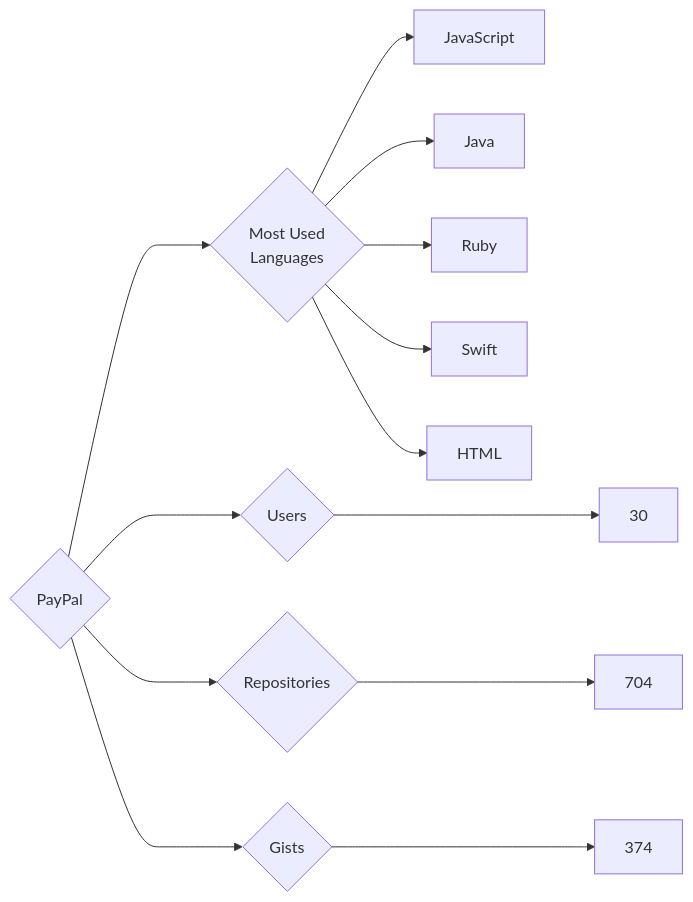
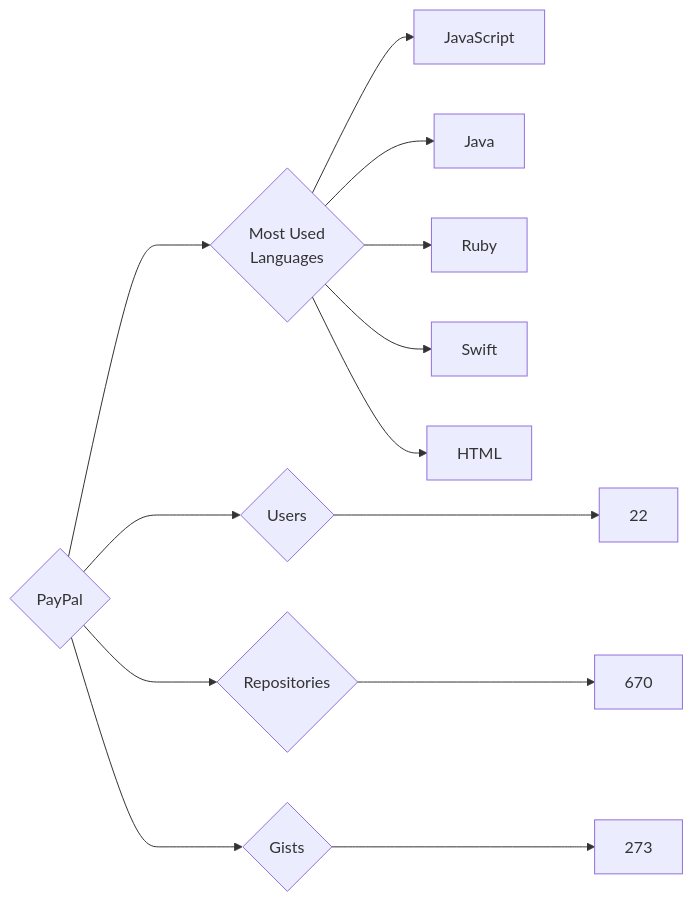
One commit to trickest/insiders changed the diagram in targets/PayPal/README.md. Above: the diagram before and after it, drawn with Mermaid. The commit also changed 870 other files, not shown here.

````diff
--- a/targets/PayPal/README.md
+++ b/targets/PayPal/README.md
@@ -3,13 +3,13 @@
 ```mermaid
 graph LR
 COMPANY_NAME{PayPal}
-COMPANY_NAME ---> U{Users} ---> UN[30]
-COMPANY_NAME ---> R{Repositories} ---> RN[704]
-COMPANY_NAME ---> G{Gists} ---> GN[374]
+COMPANY_NAME ---> U{Users} ---> UN[22]
+COMPANY_NAME ---> R{Repositories} ---> RN[670]
+COMPANY_NAME ---> G{Gists} ---> GN[273]
 COMPANY_NAME ---> ML{Most Used<br>Languages}
 ML --> JavaScript[JavaScript]
 ML --> Java[Java]
 ML --> Ruby[Ruby]
 ML --> Swift[Swift]
 ML --> HTML[HTML]
 ```
````
